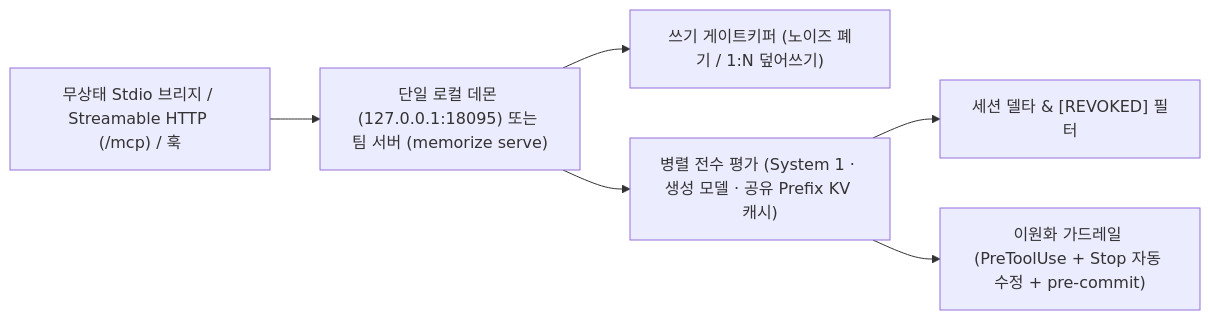
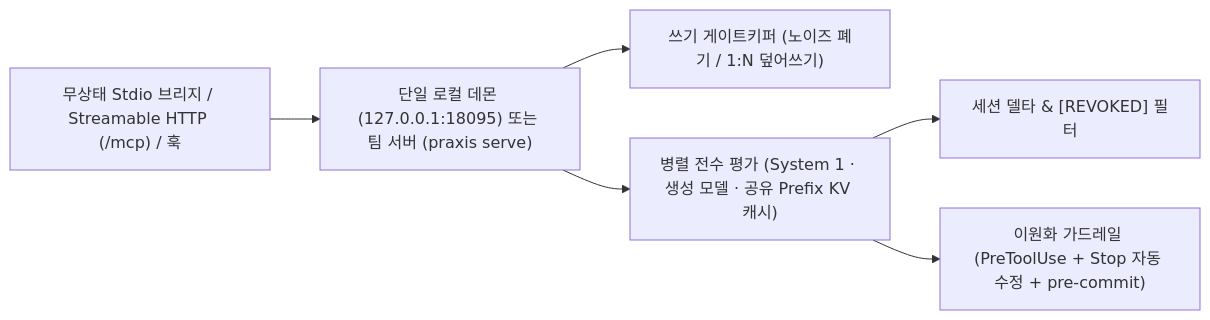
Before and after one commit to marbasdev/memorize: the diagram in ARCHITECTURE.ko.md, drawn with Mermaid. The commit also changed other lines of this file and 171 other files, not shown here.

First line of the commit message:
refactor!: rebrand memorize to praxis (clean cutover, v1.2.0)

````diff
--- a/ARCHITECTURE.ko.md
+++ b/ARCHITECTURE.ko.md
@@ -7,8 +7,8 @@
 ```mermaid
 flowchart LR
-    A["무상태 Stdio 브리지 / Streamable HTTP (/mcp) / 훅"] --> B["단일 로컬 데몬 (127.0.0.1:18095) 또는 팀 서버 (memorize serve)"]
+    A["무상태 Stdio 브리지 / Streamable HTTP (/mcp) / 훅"] --> B["단일 로컬 데몬 (127.0.0.1:18095) 또는 팀 서버 (praxis serve)"]
     B --> C["쓰기 게이트키퍼 (노이즈 폐기 / 1:N 덮어쓰기)"]
     B --> D["병렬 전수 평가 (System 1 · 생성 모델 · 공유 Prefix KV 캐시)"]
     D --> E["세션 델타 & [REVOKED] 필터"]
     D --> F["이원화 가드레일 (PreToolUse + Stop 자동 수정 + pre-commit)"]
 ```
````
